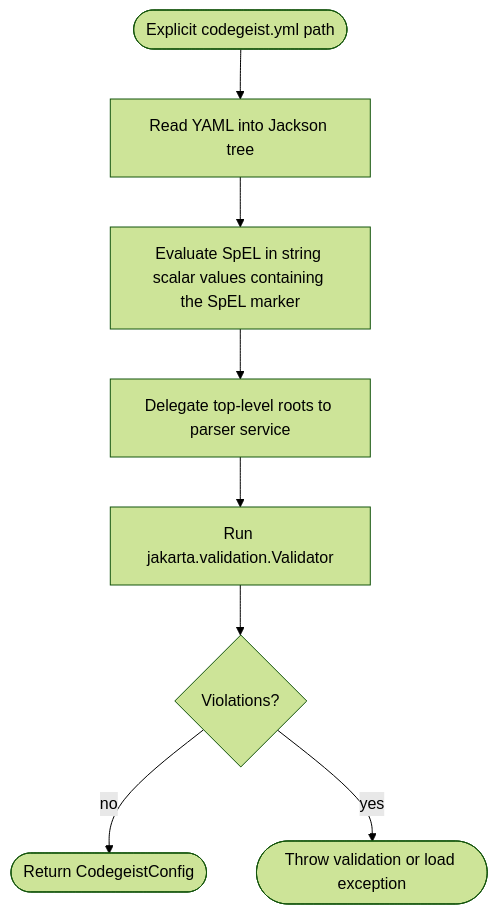
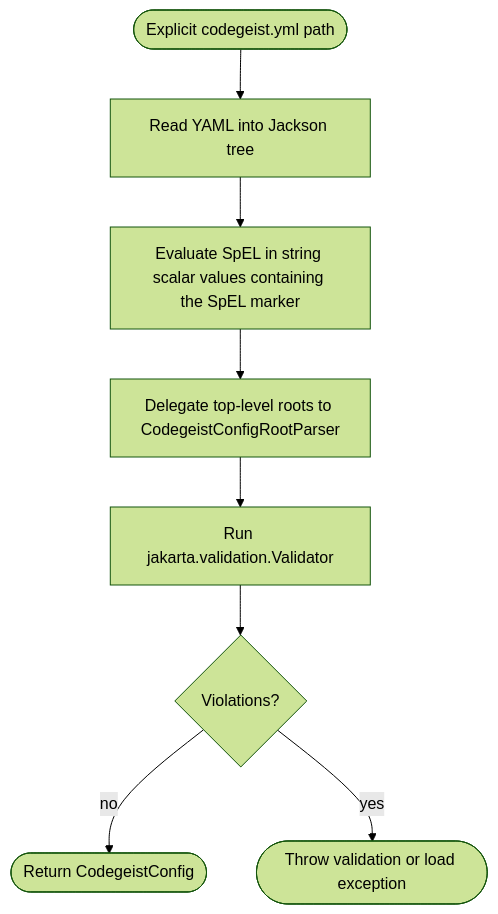
The second of 5 diagrams in docs/developer/architecture/provider-configuration.md (codegeist-ai/codegeist), drawn with Mermaid (forest theme) before and after one commit. The commit also changed other lines of this file and 46 other files, not shown here.

First line of the commit message:
feat(config): add workspace resolution and keyed roots

````diff
--- a/docs/developer/architecture/provider-configuration.md
+++ b/docs/developer/architecture/provider-configuration.md
@@ -278,15 +328,15 @@
 ```mermaid
 flowchart TD
     Start([Explicit codegeist.yml path])
     ReadTree[Read YAML into Jackson tree]
     Evaluate[Evaluate SpEL in string scalar values containing the SpEL marker]
-    MapConfig[Delegate top-level roots to parser service]
+    MapConfig[Delegate top-level roots to CodegeistConfigRootParser]
     Validate[Run jakarta.validation.Validator]
     Valid{Violations?}
     Return([Return CodegeistConfig])
     Error([Throw validation or load exception])
 
     Start --> ReadTree --> Evaluate --> MapConfig --> Validate --> Valid
     Valid -- no --> Return
     Valid -- yes --> Error
 ```
````
